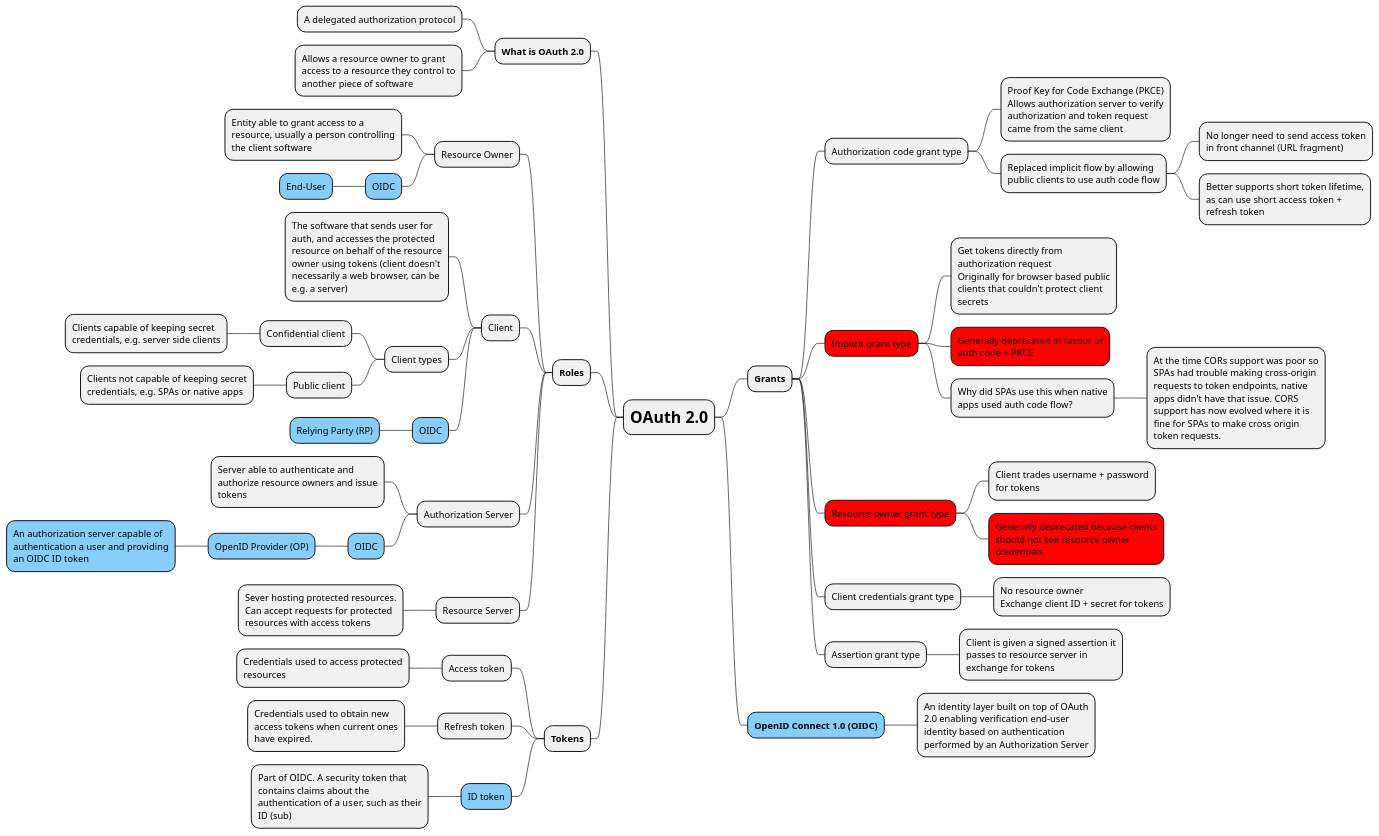
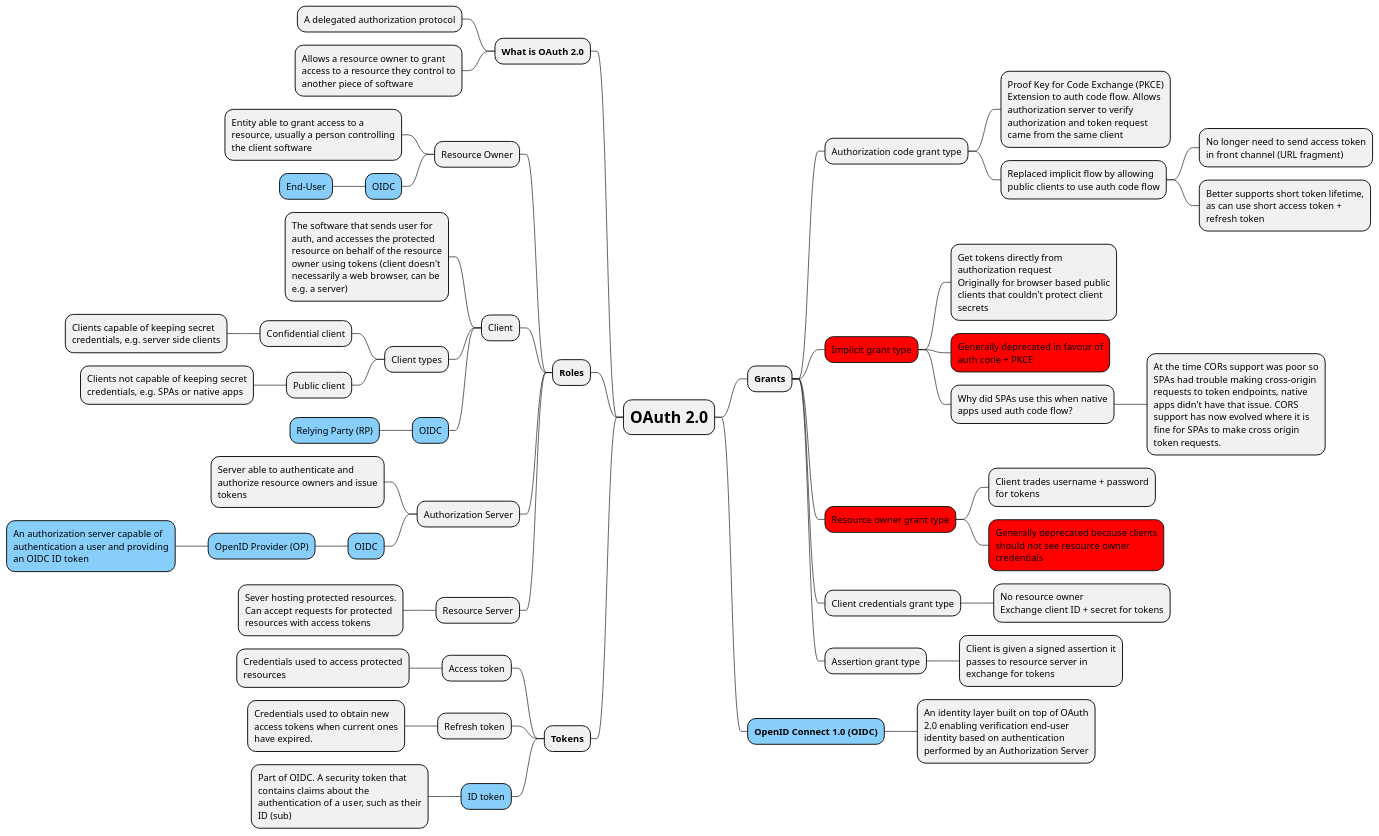
Before and after one commit to hwride/auth: the diagram in oauth/oauth.puml, drawn with PlantUML.

```diff
--- a/oauth/oauth.puml
+++ b/oauth/oauth.puml
@@ -1,70 +1,70 @@
 @startmindmap
 
 <style>
 node {
     MaximumWidth 250
 }
 </style>
 
 * <size:24><b>OAuth 2.0</b></size>
 ** <b>Grants</b>
 *** Authorization code grant type
 ****:Proof Key for Code Exchange (PKCE)
-Allows authorization server to verify authorization and token request came from the same client;
+Extension to auth code flow. Allows authorization server to verify authorization and token request came from the same client;
 **** Replaced implicit flow by allowing public clients to use auth code flow
 ***** No longer need to send access token in front channel (URL fragment)
 ***** Better supports short token lifetime, as can use short access token + refresh token
 ***[#red] Implicit grant type
 ****:Get tokens directly from authorization request
 Originally for browser based public clients that couldn't protect client secrets;
 ****[#red] Generally deprecated in favour of auth code + PKCE
 **** Why did SPAs use this when native apps used auth code flow?
 ***** At the time CORs support was poor so SPAs had trouble making cross-origin requests to token endpoints, native apps didn't have that issue. CORS support has now evolved where it is fine for SPAs to make cross origin token requests.
 
 ***[#red] Resource owner grant type
 **** Client trades username + password for tokens
 ****[#red] Generally deprecated because clients should not see resource owner credentials
 *** Client credentials grant type
 **** No resource owner\nExchange client ID + secret for tokens
 *** Assertion grant type
 **** Client is given a signed assertion it passes to resource server in exchange for tokens
 
 **[#LightSkyBlue] <b>OpenID Connect 1.0 (OIDC)</b>
 *** An identity layer built on top of OAuth 2.0 enabling verification end-user identity based on authentication performed by an Authorization Server
 
 left side
 
 ** <b>What is OAuth 2.0</b>
 *** A delegated authorization protocol
 *** Allows a resource owner to grant access to a resource they control to another piece of software
 
 ** <b>Roles</b>
 *** Resource Owner
 **** Entity able to grant access to a resource, usually a person controlling the client software
 ****[#LightSkyBlue] OIDC
 *****[#LightSkyBlue] End-User
 *** Client
 **** The software that sends user for auth, and accesses the protected resource on behalf of the resource owner using tokens (client doesn't necessarily a web browser, can be e.g. a server)
 **** Client types
 ***** Confidential client
 ****** Clients capable of keeping secret credentials, e.g. server side clients
 ***** Public client
 ****** Clients not capable of keeping secret credentials, e.g. SPAs or native apps
 ****[#LightSkyBlue] OIDC
 *****[#LightSkyBlue] Relying Party (RP)
 *** Authorization Server
 **** Server able to authenticate and authorize resource owners and issue tokens
 ****[#LightSkyBlue] OIDC
 *****[#LightSkyBlue] OpenID Provider (OP)
 ******[#LightSkyBlue] An authorization server capable of authentication a user and providing an OIDC ID token
 *** Resource Server
 **** Sever hosting protected resources. Can accept requests for protected resources with access tokens
 
 ** <b>Tokens</b>
 *** Access token
 **** Credentials used to access protected resources
 *** Refresh token
 **** Credentials used to obtain new access tokens when current ones have expired.
 ***[#LightSkyBlue] ID token
 **** Part of OIDC. A security token that contains claims about the authentication of a user, such as their ID (sub)
 @endmindmap
```
